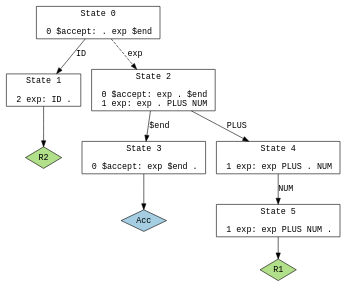
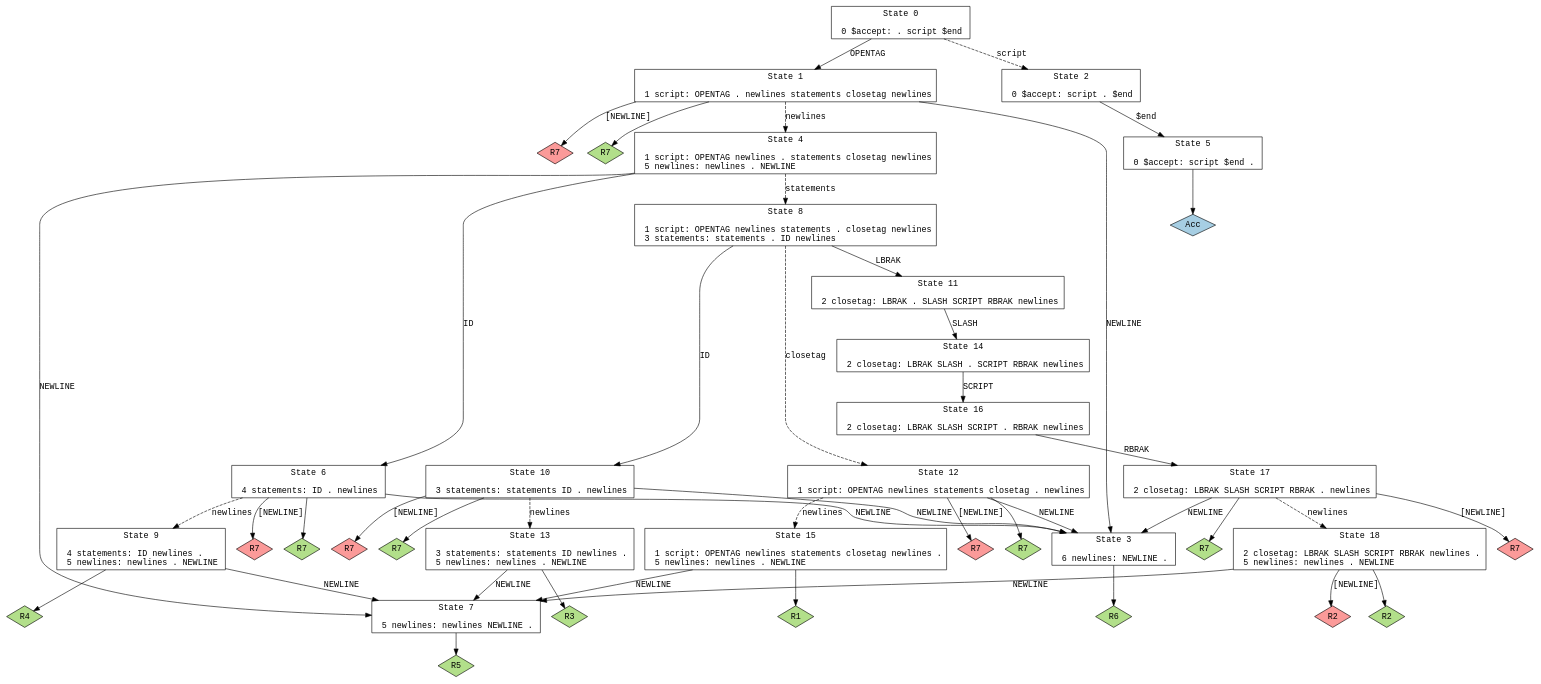
The diagram in project1/y.dot (Jacquimo/cs352-projects), drawn with Graphviz before and after one commit. The commit also changed 8 other files, not shown here.

```diff
--- a/project1/y.dot
+++ b/project1/y.dot
@@ -1,27 +1,91 @@
 // Generated by GNU Bison 3.0.
 // Report bugs to <bug-bison@gnu.org>.
 // Home page: <http://www.gnu.org/software/bison/>.
 
 digraph "parser.y"
 {
   node [fontname = courier, shape = box, colorscheme = paired6]
   edge [fontname = courier]
 
-  0 [label="State 0\n\l  0 $accept: . exp $end\l"]
-  0 -> 1 [style=solid label="ID"]
-  0 -> 2 [style=dashed label="exp"]
-  1 [label="State 1\n\l  2 exp: ID .\l"]
-  1 -> "1R2" [style=solid]
- "1R2" [label="R2", fillcolor=3, shape=diamond, style=filled]
-  2 [label="State 2\n\l  0 $accept: exp . $end\l  1 exp: exp . PLUS NUM\l"]
-  2 -> 3 [style=solid label="$end"]
-  2 -> 4 [style=solid label="PLUS"]
-  3 [label="State 3\n\l  0 $accept: exp $end .\l"]
-  3 -> "3R0" [style=solid]
- "3R0" [label="Acc", fillcolor=1, shape=diamond, style=filled]
-  4 [label="State 4\n\l  1 exp: exp PLUS . NUM\l"]
-  4 -> 5 [style=solid label="NUM"]
-  5 [label="State 5\n\l  1 exp: exp PLUS NUM .\l"]
-  5 -> "5R1" [style=solid]
- "5R1" [label="R1", fillcolor=3, shape=diamond, style=filled]
+  0 [label="State 0\n\l  0 $accept: . script $end\l"]
+  0 -> 1 [style=solid label="OPENTAG"]
+  0 -> 2 [style=dashed label="script"]
+  1 [label="State 1\n\l  1 script: OPENTAG . newlines statements closetag newlines\l"]
+  1 -> 3 [style=solid label="NEWLINE"]
+  1 -> 4 [style=dashed label="newlines"]
+  1 -> "1R7d" [label="[NEWLINE]", style=solid]
+ "1R7d" [label="R7", fillcolor=5, shape=diamond, style=filled]
+  1 -> "1R7" [style=solid]
+ "1R7" [label="R7", fillcolor=3, shape=diamond, style=filled]
+  2 [label="State 2\n\l  0 $accept: script . $end\l"]
+  2 -> 5 [style=solid label="$end"]
+  3 [label="State 3\n\l  6 newlines: NEWLINE .\l"]
+  3 -> "3R6" [style=solid]
+ "3R6" [label="R6", fillcolor=3, shape=diamond, style=filled]
+  4 [label="State 4\n\l  1 script: OPENTAG newlines . statements closetag newlines\l  5 newlines: newlines . NEWLINE\l"]
+  4 -> 6 [style=solid label="ID"]
+  4 -> 7 [style=solid label="NEWLINE"]
+  4 -> 8 [style=dashed label="statements"]
+  5 [label="State 5\n\l  0 $accept: script $end .\l"]
+  5 -> "5R0" [style=solid]
+ "5R0" [label="Acc", fillcolor=1, shape=diamond, style=filled]
+  6 [label="State 6\n\l  4 statements: ID . newlines\l"]
+  6 -> 3 [style=solid label="NEWLINE"]
+  6 -> 9 [style=dashed label="newlines"]
+  6 -> "6R7d" [label="[NEWLINE]", style=solid]
+ "6R7d" [label="R7", fillcolor=5, shape=diamond, style=filled]
+  6 -> "6R7" [style=solid]
+ "6R7" [label="R7", fillcolor=3, shape=diamond, style=filled]
+  7 [label="State 7\n\l  5 newlines: newlines NEWLINE .\l"]
+  7 -> "7R5" [style=solid]
+ "7R5" [label="R5", fillcolor=3, shape=diamond, style=filled]
+  8 [label="State 8\n\l  1 script: OPENTAG newlines statements . closetag newlines\l  3 statements: statements . ID newlines\l"]
+  8 -> 10 [style=solid label="ID"]
+  8 -> 11 [style=solid label="LBRAK"]
+  8 -> 12 [style=dashed label="closetag"]
+  9 [label="State 9\n\l  4 statements: ID newlines .\l  5 newlines: newlines . NEWLINE\l"]
+  9 -> 7 [style=solid label="NEWLINE"]
+  9 -> "9R4" [style=solid]
+ "9R4" [label="R4", fillcolor=3, shape=diamond, style=filled]
+  10 [label="State 10\n\l  3 statements: statements ID . newlines\l"]
+  10 -> 3 [style=solid label="NEWLINE"]
+  10 -> 13 [style=dashed label="newlines"]
+  10 -> "10R7d" [label="[NEWLINE]", style=solid]
+ "10R7d" [label="R7", fillcolor=5, shape=diamond, style=filled]
+  10 -> "10R7" [style=solid]
+ "10R7" [label="R7", fillcolor=3, shape=diamond, style=filled]
+  11 [label="State 11\n\l  2 closetag: LBRAK . SLASH SCRIPT RBRAK newlines\l"]
+  11 -> 14 [style=solid label="SLASH"]
+  12 [label="State 12\n\l  1 script: OPENTAG newlines statements closetag . newlines\l"]
+  12 -> 3 [style=solid label="NEWLINE"]
+  12 -> 15 [style=dashed label="newlines"]
+  12 -> "12R7d" [label="[NEWLINE]", style=solid]
+ "12R7d" [label="R7", fillcolor=5, shape=diamond, style=filled]
+  12 -> "12R7" [style=solid]
+ "12R7" [label="R7", fillcolor=3, shape=diamond, style=filled]
+  13 [label="State 13\n\l  3 statements: statements ID newlines .\l  5 newlines: newlines . NEWLINE\l"]
+  13 -> 7 [style=solid label="NEWLINE"]
+  13 -> "13R3" [style=solid]
+ "13R3" [label="R3", fillcolor=3, shape=diamond, style=filled]
+  14 [label="State 14\n\l  2 closetag: LBRAK SLASH . SCRIPT RBRAK newlines\l"]
+  14 -> 16 [style=solid label="SCRIPT"]
+  15 [label="State 15\n\l  1 script: OPENTAG newlines statements closetag newlines .\l  5 newlines: newlines . NEWLINE\l"]
+  15 -> 7 [style=solid label="NEWLINE"]
+  15 -> "15R1" [style=solid]
+ "15R1" [label="R1", fillcolor=3, shape=diamond, style=filled]
+  16 [label="State 16\n\l  2 closetag: LBRAK SLASH SCRIPT . RBRAK newlines\l"]
+  16 -> 17 [style=solid label="RBRAK"]
+  17 [label="State 17\n\l  2 closetag: LBRAK SLASH SCRIPT RBRAK . newlines\l"]
+  17 -> 3 [style=solid label="NEWLINE"]
+  17 -> 18 [style=dashed label="newlines"]
+  17 -> "17R7d" [label="[NEWLINE]", style=solid]
+ "17R7d" [label="R7", fillcolor=5, shape=diamond, style=filled]
+  17 -> "17R7" [style=solid]
+ "17R7" [label="R7", fillcolor=3, shape=diamond, style=filled]
+  18 [label="State 18\n\l  2 closetag: LBRAK SLASH SCRIPT RBRAK newlines .\l  5 newlines: newlines . NEWLINE\l"]
+  18 -> 7 [style=solid label="NEWLINE"]
+  18 -> "18R2d" [label="[NEWLINE]", style=solid]
+ "18R2d" [label="R2", fillcolor=5, shape=diamond, style=filled]
+  18 -> "18R2" [style=solid]
+ "18R2" [label="R2", fillcolor=3, shape=diamond, style=filled]
 }
```
